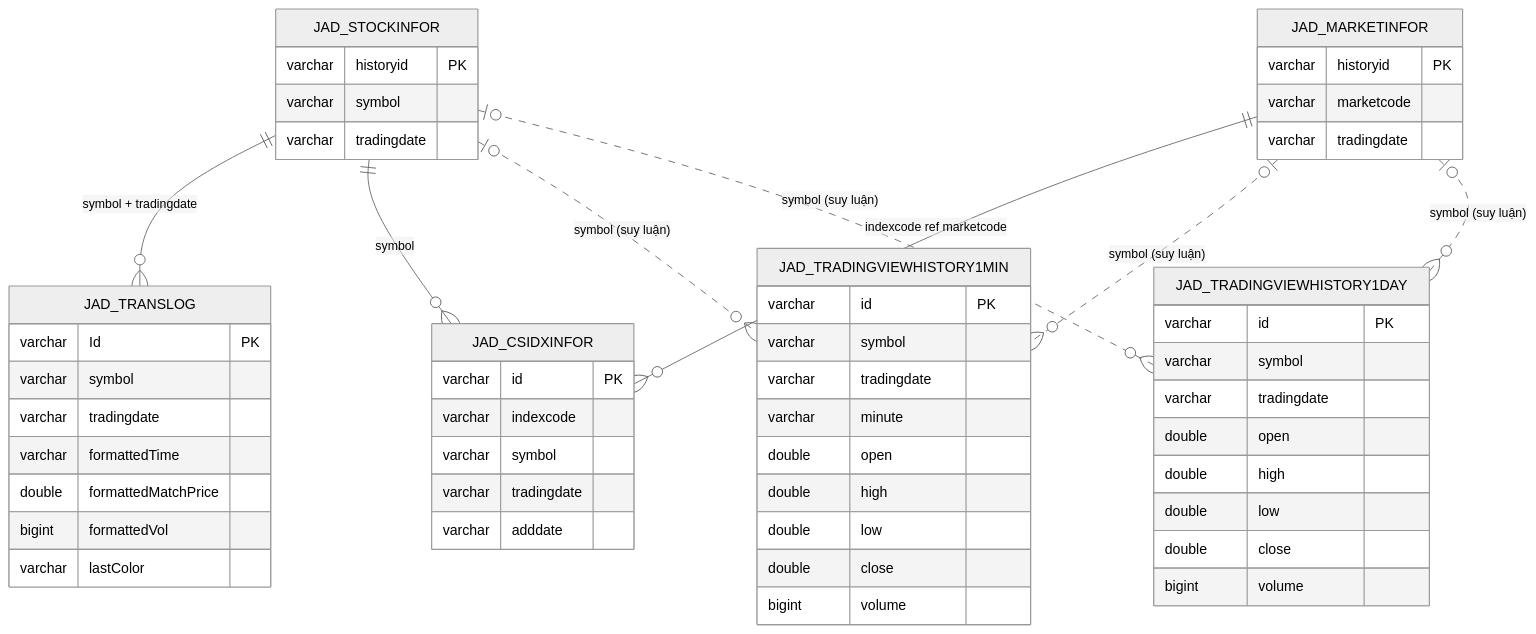
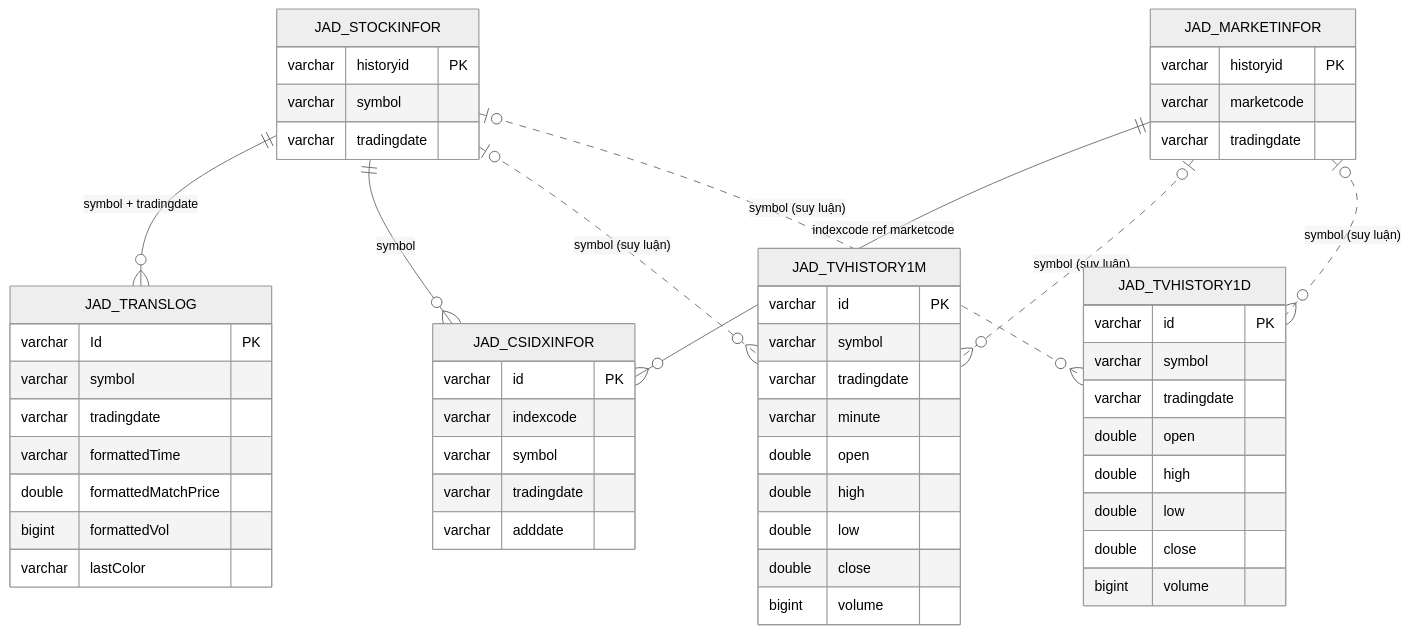
The first of 2 diagrams in DataModel/working/Atomic/hld/MDDS_HLD_Tier2.md (linhlvit/ubck_atomic_design), drawn with Mermaid (neutral theme) before and after one commit. The commit also changed other lines of this file and 16 other files, not shown here.

````diff
--- a/DataModel/working/Atomic/hld/MDDS_HLD_Tier2.md
+++ b/DataModel/working/Atomic/hld/MDDS_HLD_Tier2.md
@@ -21,63 +21,63 @@
 ```mermaid
 erDiagram
     JAD_STOCKINFOR {
         varchar historyid PK
         varchar symbol
         varchar tradingdate
     }
 
     JAD_MARKETINFOR {
         varchar historyid PK
         varchar marketcode
         varchar tradingdate
     }
 
     JAD_TRANSLOG {
         varchar Id PK
         varchar symbol
         varchar tradingdate
         varchar formattedTime
         double formattedMatchPrice
         bigint formattedVol
         varchar lastColor
     }
 
     JAD_CSIDXINFOR {
         varchar id PK
         varchar indexcode
         varchar symbol
         varchar tradingdate
         varchar adddate
     }
 
-    JAD_TRADINGVIEWHISTORY1MIN {
+    JAD_TVHISTORY1M {
         varchar id PK
         varchar symbol
         varchar tradingdate
         varchar minute
         double open
         double high
         double low
         double close
         bigint volume
     }
 
-    JAD_TRADINGVIEWHISTORY1DAY {
+    JAD_TVHISTORY1D {
         varchar id PK
         varchar symbol
         varchar tradingdate
         double open
         double high
         double low
         double close
         bigint volume
     }
 
     JAD_STOCKINFOR ||--o{ JAD_TRANSLOG : "symbol + tradingdate"
     JAD_MARKETINFOR ||--o{ JAD_CSIDXINFOR : "indexcode ref marketcode"
     JAD_STOCKINFOR ||--o{ JAD_CSIDXINFOR : "symbol"
-    JAD_STOCKINFOR |o..o{ JAD_TRADINGVIEWHISTORY1MIN : "symbol (suy luận)"
-    JAD_MARKETINFOR |o..o{ JAD_TRADINGVIEWHISTORY1MIN : "symbol (suy luận)"
-    JAD_STOCKINFOR |o..o{ JAD_TRADINGVIEWHISTORY1DAY : "symbol (suy luận)"
-    JAD_MARKETINFOR |o..o{ JAD_TRADINGVIEWHISTORY1DAY : "symbol (suy luận)"
+    JAD_STOCKINFOR |o..o{ JAD_TVHISTORY1M : "symbol (suy luận)"
+    JAD_MARKETINFOR |o..o{ JAD_TVHISTORY1M : "symbol (suy luận)"
+    JAD_STOCKINFOR |o..o{ JAD_TVHISTORY1D : "symbol (suy luận)"
+    JAD_MARKETINFOR |o..o{ JAD_TVHISTORY1D : "symbol (suy luận)"
 ```
````
